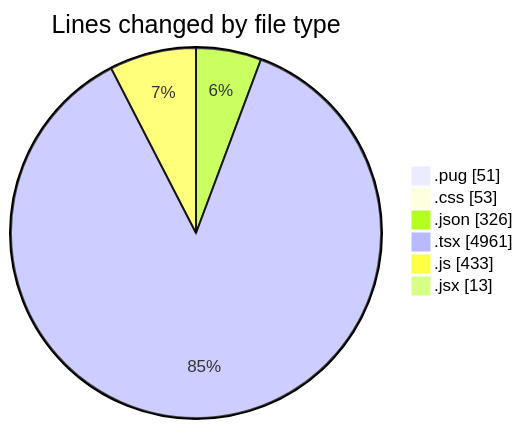
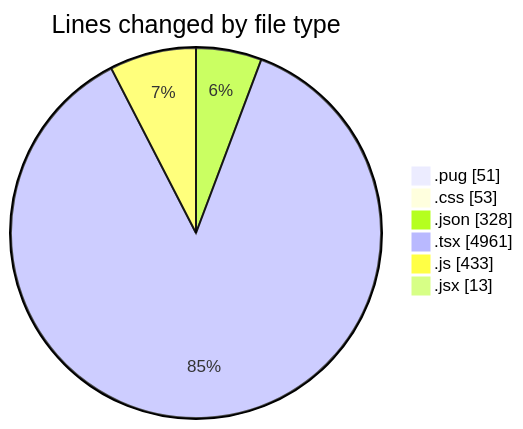
The first of 2 diagrams in 2025-11-06/cda/README.md (momahboobian/code-tracking), drawn with Mermaid before and after one commit. The commit also changed other lines of this file and 1 other file, not shown here.

````diff
--- a/2025-11-06/cda/README.md
+++ b/2025-11-06/cda/README.md
@@ -40,10 +40,10 @@
 ```mermaid
 pie showData
 title Lines changed by file type
 ".pug" : 51
 ".css" : 53
-".json" : 326
+".json" : 328
 ".tsx" : 4961
 ".js" : 433
 ".jsx" : 13
 ```
````
